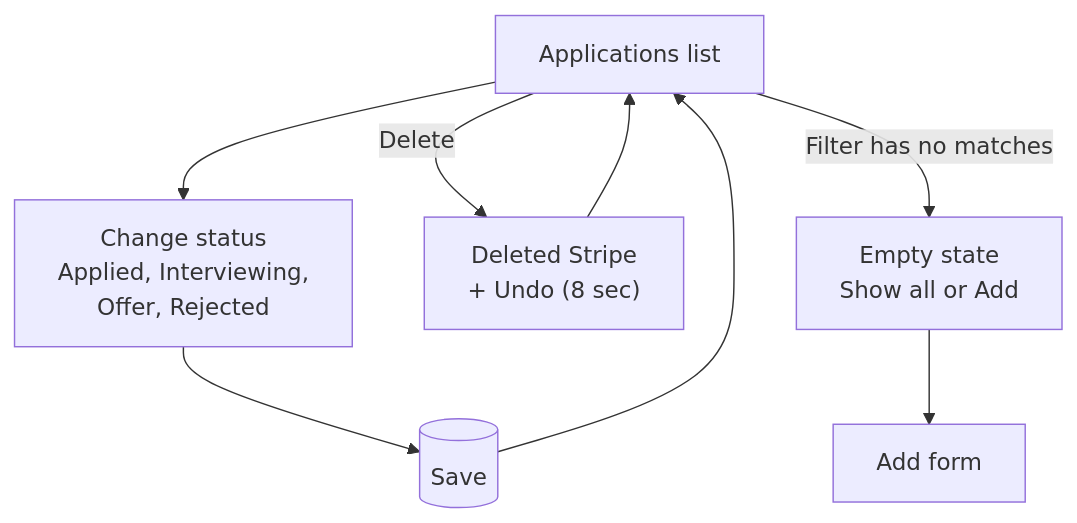
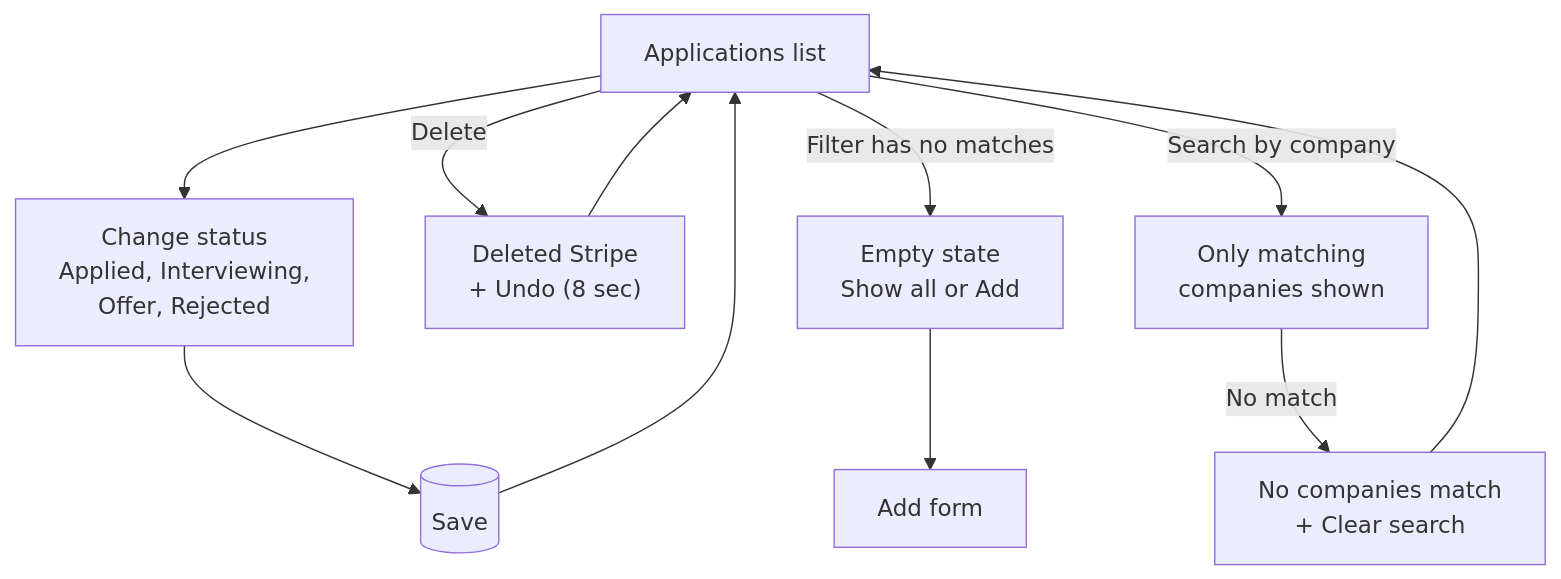
One commit to chentejung/mpcs_design_build_ship_3 changed the third of 4 diagrams in README.md. Above: the diagram before and after it, drawn with Mermaid. The commit also changed other lines of this file and 3 other files, not shown here.

Commit message:
Add search by company on the Applications page; fix nav overflow on small phones

````diff
--- a/README.md
+++ b/README.md
@@ -45,10 +45,13 @@
 ```mermaid
 flowchart TD
     List["Applications list"] --> Status["Change status<br/>Applied, Interviewing,<br/>Offer, Rejected"]
     Status --> Saved[("Save")]
     Saved --> List
     List -- "Delete" --> Undo["Deleted Stripe<br/>+ Undo (8 sec)"]
     Undo --> List
     List -- "Filter has no matches" --> Empty["Empty state<br/>Show all or Add"]
     Empty --> Form["Add form"]
+    List -- "Search by company" --> Search["Only matching<br/>companies shown"]
+    Search -- "No match" --> NoMatch["No companies match<br/>+ Clear search"]
+    NoMatch --> List
 ```
````
